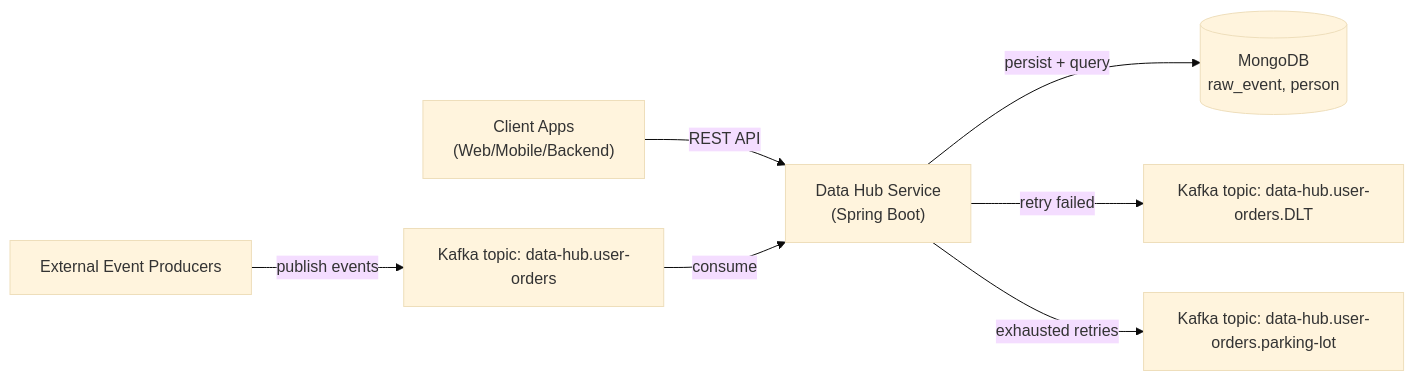
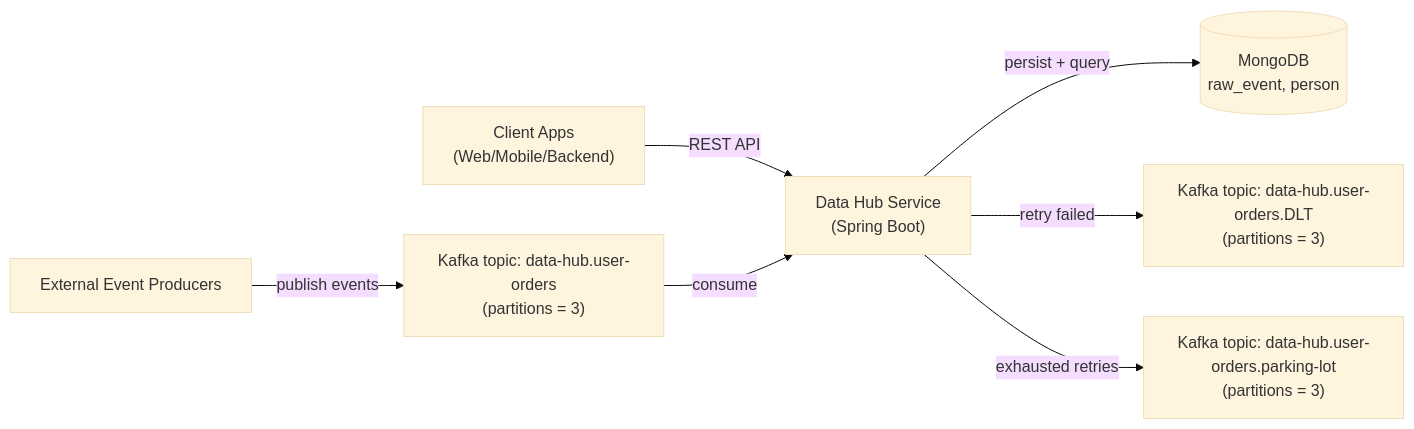
One commit to nguyentrongvy151995/data-hub changed the first of 3 diagrams in README.md. Above: the diagram before and after it, drawn with Mermaid (base theme). The commit also changed other lines of this file, not shown here.

````diff
--- a/README.md
+++ b/README.md
@@ -19,17 +19,17 @@
 ```mermaid
 flowchart LR
     Client["Client Apps\n(Web/Mobile/Backend)"]
     Producer["External Event Producers"]
     Service["Data Hub Service\n(Spring Boot)"]
-    Raw["Kafka topic: data-hub.user-orders"]
-    Dlt["Kafka topic: data-hub.user-orders.DLT"]
-    Park["Kafka topic: data-hub.user-orders.parking-lot"]
+    Raw["Kafka topic: data-hub.user-orders\n(partitions = 3)"]
+    Dlt["Kafka topic: data-hub.user-orders.DLT\n(partitions = 3)"]
+    Park["Kafka topic: data-hub.user-orders.parking-lot\n(partitions = 3)"]
     Mongo[("MongoDB\nraw_event, person")]
 
     Client -->|REST API| Service
     Producer -->|publish events| Raw
     Raw -->|consume| Service
     Service -->|persist + query| Mongo
     Service -->|retry failed| Dlt
     Service -->|exhausted retries| Park
 ```
````
